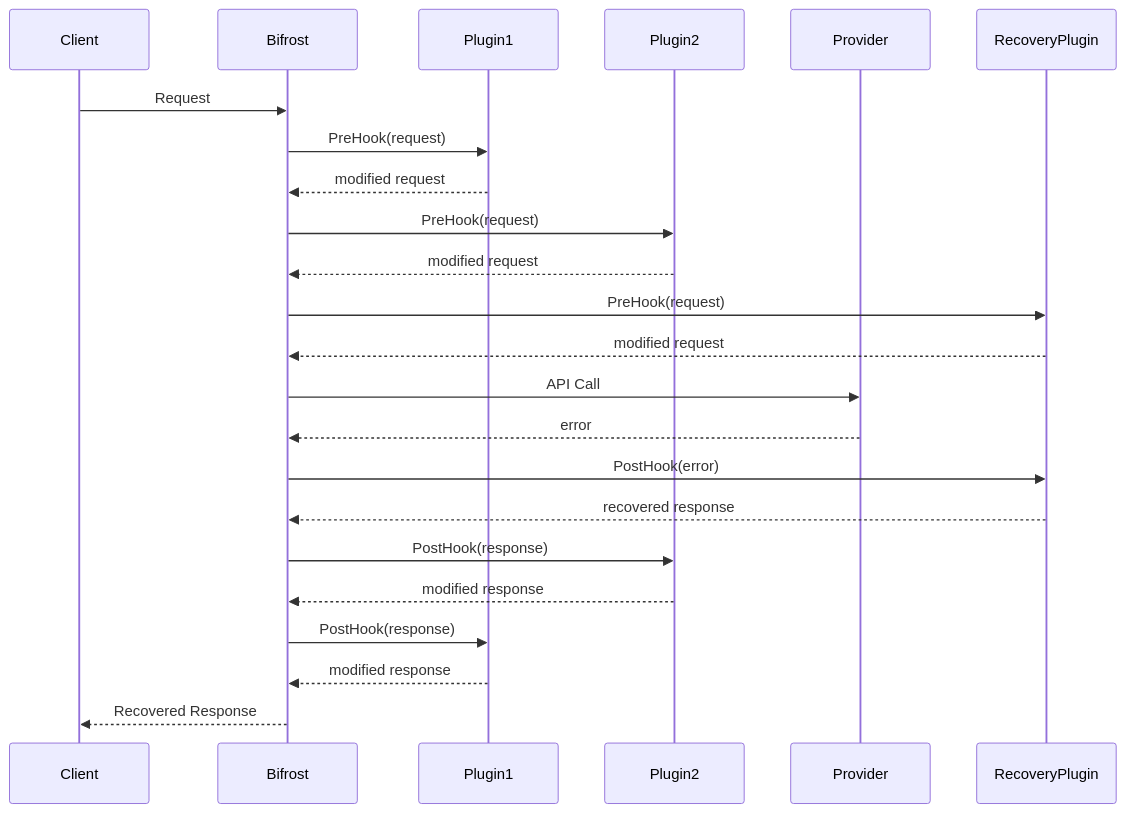
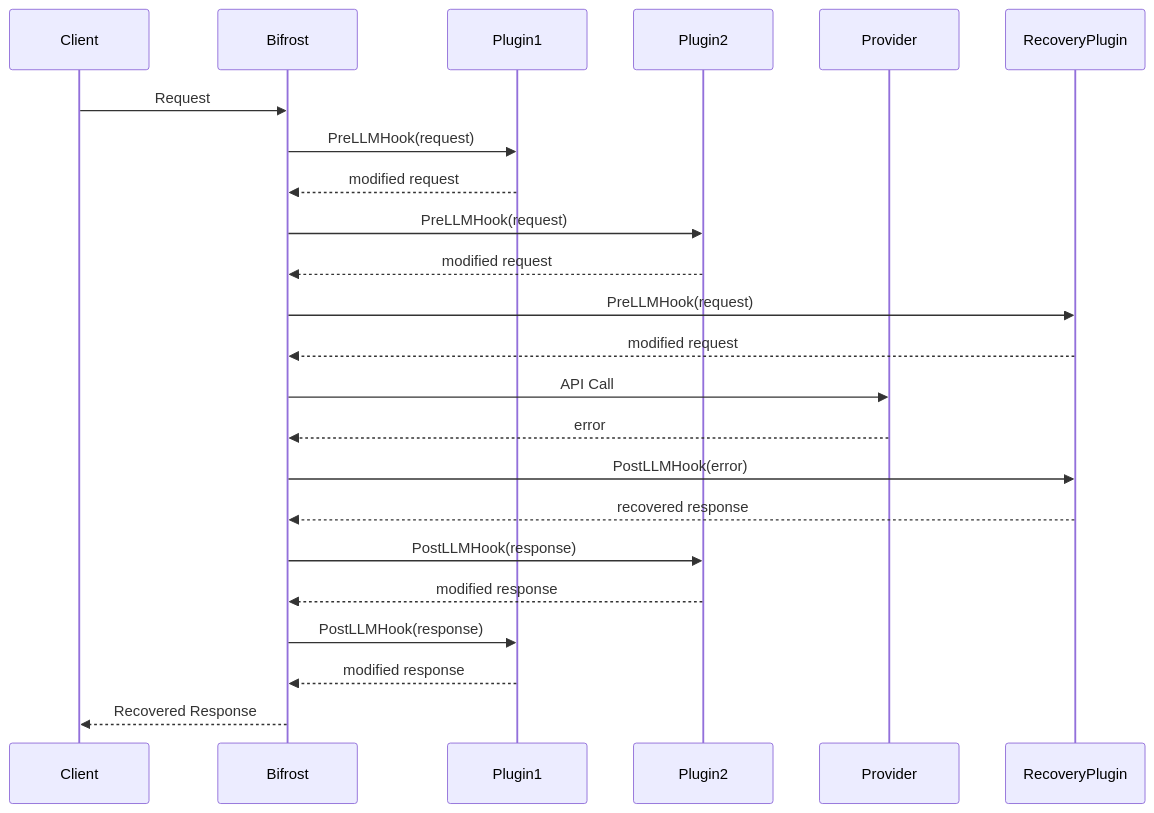
The seventh of 10 diagrams in docs/architecture/core/plugins.mdx (sammcj/bifrost), drawn with Mermaid before and after one commit. The commit also changed other lines of this file and 156 other files, not shown here.

Commit message:
feat: plugin schema extensions for mcp plugins

````diff
--- a/docs/architecture/core/plugins.mdx
+++ b/docs/architecture/core/plugins.mdx
@@ -296,26 +296,26 @@
 ```mermaid
 sequenceDiagram
     participant Client
     participant Bifrost
     participant Plugin1
     participant Plugin2
     participant Provider
     participant RecoveryPlugin
 
     Client->>Bifrost: Request
-    Bifrost->>Plugin1: PreHook(request)
+    Bifrost->>Plugin1: PreLLMHook(request)
     Plugin1-->>Bifrost: modified request
-    Bifrost->>Plugin2: PreHook(request)
+    Bifrost->>Plugin2: PreLLMHook(request)
     Plugin2-->>Bifrost: modified request
-    Bifrost->>RecoveryPlugin: PreHook(request)
+    Bifrost->>RecoveryPlugin: PreLLMHook(request)
     RecoveryPlugin-->>Bifrost: modified request
     Bifrost->>Provider: API Call
     Provider-->>Bifrost: error
-    Bifrost->>RecoveryPlugin: PostHook(error)
+    Bifrost->>RecoveryPlugin: PostLLMHook(error)
     RecoveryPlugin-->>Bifrost: recovered response
-    Bifrost->>Plugin2: PostHook(response)
+    Bifrost->>Plugin2: PostLLMHook(response)
     Plugin2-->>Bifrost: modified response
-    Bifrost->>Plugin1: PostHook(response)
+    Bifrost->>Plugin1: PostLLMHook(response)
     Plugin1-->>Bifrost: modified response
     Bifrost-->>Client: Recovered Response
 ```
````
